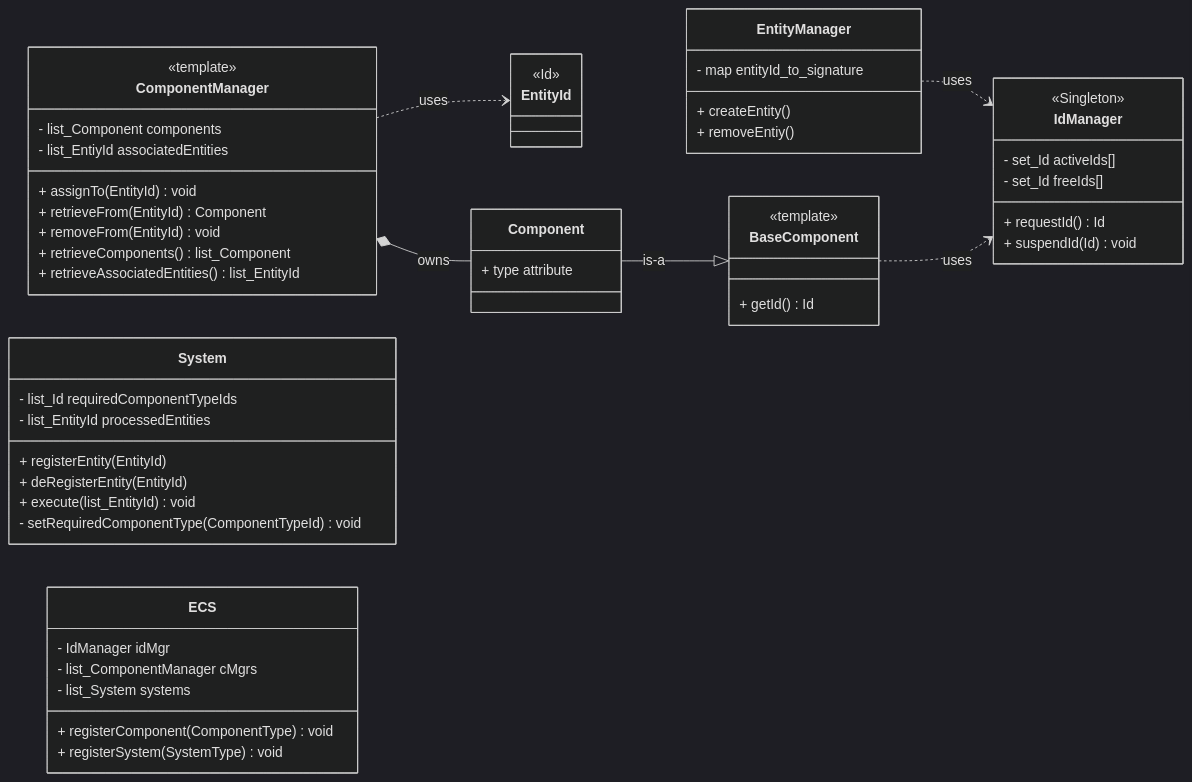
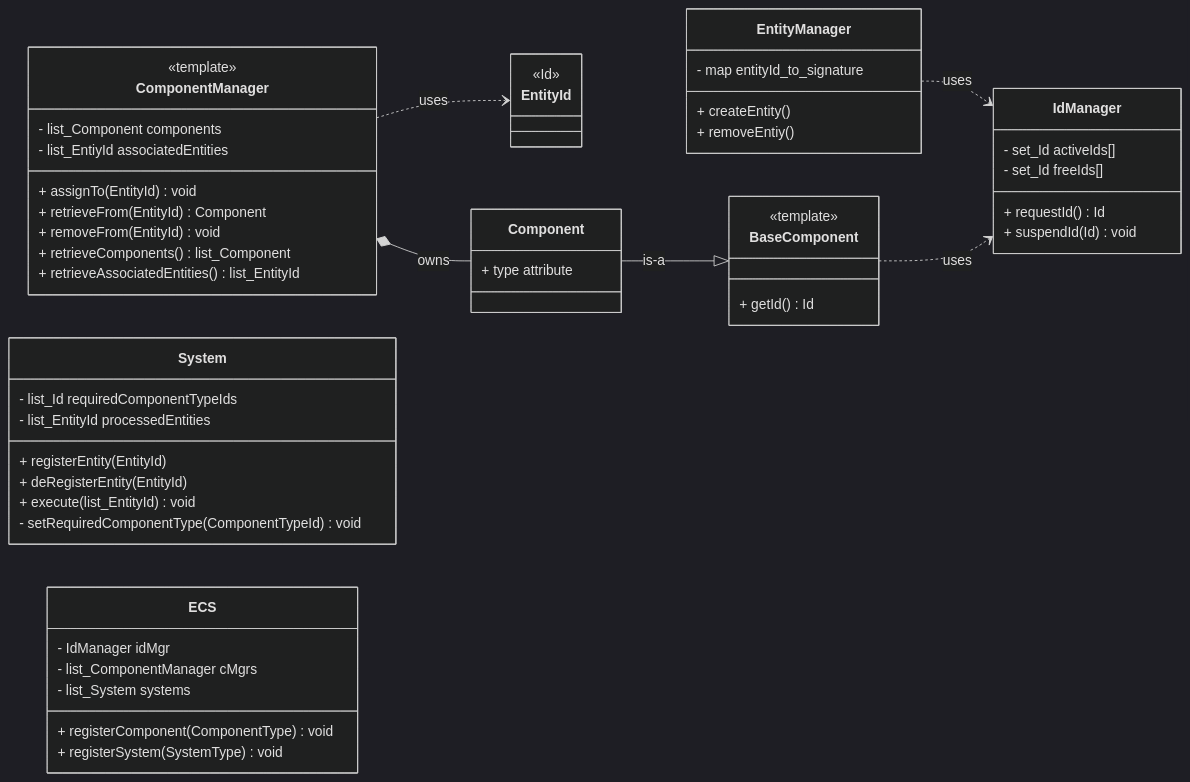
The second of 2 diagrams in ECS_uml.md (SinixND/roguelike), drawn with Mermaid (dark theme) before and after one commit. The commit also changed 15 other files, not shown here.

````diff
--- a/ECS_uml.md
+++ b/ECS_uml.md
@@ -13,66 +13,65 @@
 ```mermaid
 classDiagram 
 
 direction LR
 title ECS
 
 class IdManager {
-    <<Singleton>>
     - set_Id activeIds[]
     - set_Id freeIds[]
     + requestId() Id
     + suspendId(Id) void
 }
 
 class EntityId {
     <<Id>>
 }
 
 EntityManager ..> IdManager : uses
 class EntityManager {
 - map entityId_to_signature
 + createEntity()
 + removeEntiy()
 }
 
 BaseComponent ..> IdManager : uses
 class BaseComponent {
     <<template>>
     + getId() Id
 }
 
 Component --|> BaseComponent : is-a
 class Component {
     + type attribute
 }
 
 ComponentManager *-- Component : owns
 ComponentManager ..> EntityId : uses
 class ComponentManager {
     <<template>>
     - list_Component components
     - list_EntiyId associatedEntities
     + assignTo(EntityId) void
     + retrieveFrom(EntityId) Component
     + removeFrom(EntityId) void
     + retrieveComponents() list_Component
     + retrieveAssociatedEntities() list_EntityId
 }
 
 class System {
     - list_Id requiredComponentTypeIds
     - list_EntityId processedEntities
     + registerEntity(EntityId)
     + deRegisterEntity(EntityId)
     + execute(list_EntityId) void
     - setRequiredComponentType(ComponentTypeId) void
 }
 
 class ECS {
     - IdManager idMgr
     - list_ComponentManager cMgrs
     - list_System systems
     + registerComponent(ComponentType) void
     + registerSystem(SystemType) void
 }
 ```
````
